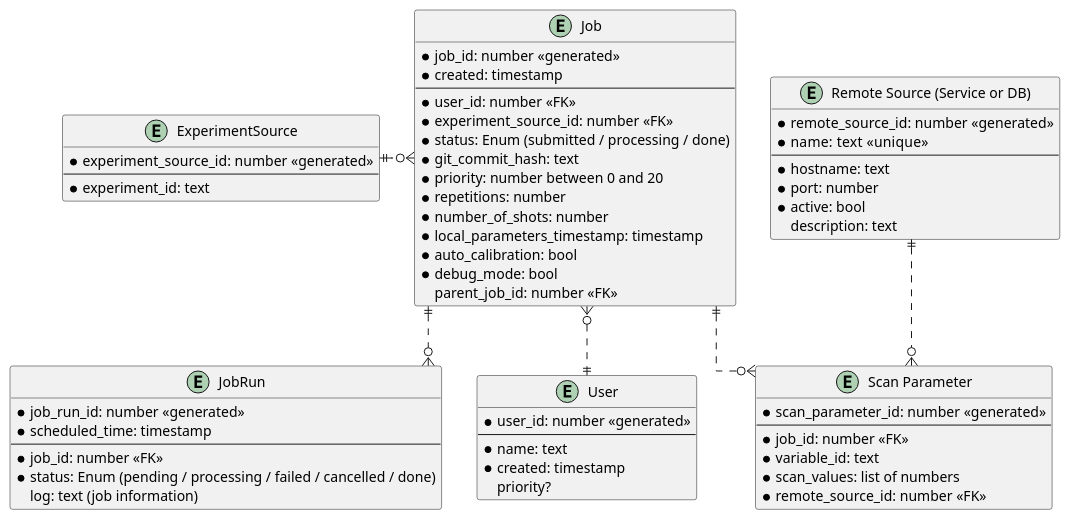
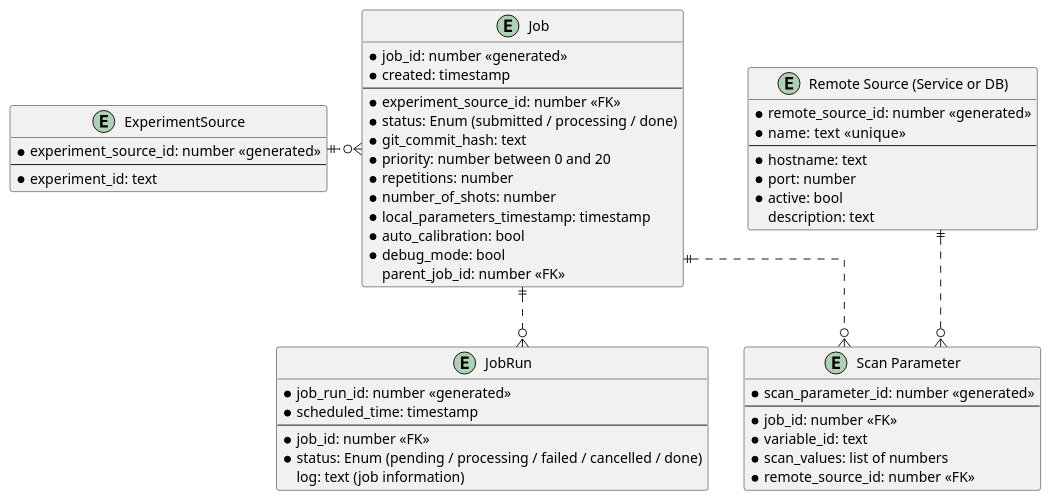
One commit to tiqi-group/icon changed the diagram in docs/plantuml_diagrams/sqlite_ER.puml. Above: the diagram before and after it, drawn with PlantUML.

Commit message:
docs: comments out User model (will not be used any time soon)

```diff
--- a/docs/plantuml_diagrams/sqlite_ER.puml
+++ b/docs/plantuml_diagrams/sqlite_ER.puml
@@ -1,70 +1,70 @@
 @startuml
 skinparam linetype ortho
 
 entity "ExperimentSource" as experiment {
     *experiment_source_id: number <<generated>>
     ---
     *experiment_id: text
 }
 
 entity "Job" as job {
     *job_id: number <<generated>>
     *created: timestamp
     ---
-    *user_id: number <<FK>>
+    ' *user_id: number <<FK>>
     *experiment_source_id: number <<FK>>
     *status: Enum (submitted / processing / done)
     *git_commit_hash: text
     *priority: number between 0 and 20
     *repetitions: number
     *number_of_shots: number
     *local_parameters_timestamp: timestamp
     *auto_calibration: bool
     *debug_mode: bool
     parent_job_id: number <<FK>>
 }
 
 entity "JobRun" as job_run {
     *job_run_id: number <<generated>>
     *scheduled_time: timestamp
     ---
     *job_id: number <<FK>>
     *status: Enum (pending / processing / failed / cancelled / done)
     log: text (job information)
 }
 
-entity "User" as user {
-    *user_id: number <<generated>>
-    --
-    *name: text
-    *created: timestamp
-    priority?
-}
+' entity "User" as user {
+'     *user_id: number <<generated>>
+'     --
+'     *name: text
+'     *created: timestamp
+'     priority?
+' }
 
 entity "Scan Parameter" as scan_param {
     *scan_parameter_id: number <<generated>>
     --
     *job_id: number <<FK>>
     *variable_id: text
     *scan_values: list of numbers
     *remote_source_id: number <<FK>>
 }
 
 entity "Remote Source (Service or DB)" as remote {
     *remote_source_id: number <<generated>>
     *name: text  <<unique>>
     --
     *hostname: text
     *port: number
     *active: bool
     description: text
 }
 
 
-job }o..|| user
+' job }o..|| user
 job ||..o{ scan_param
 experiment ||.o{ job
 job ||..o{ job_run
 remote ||..o{ scan_param
 
 @enduml
```
